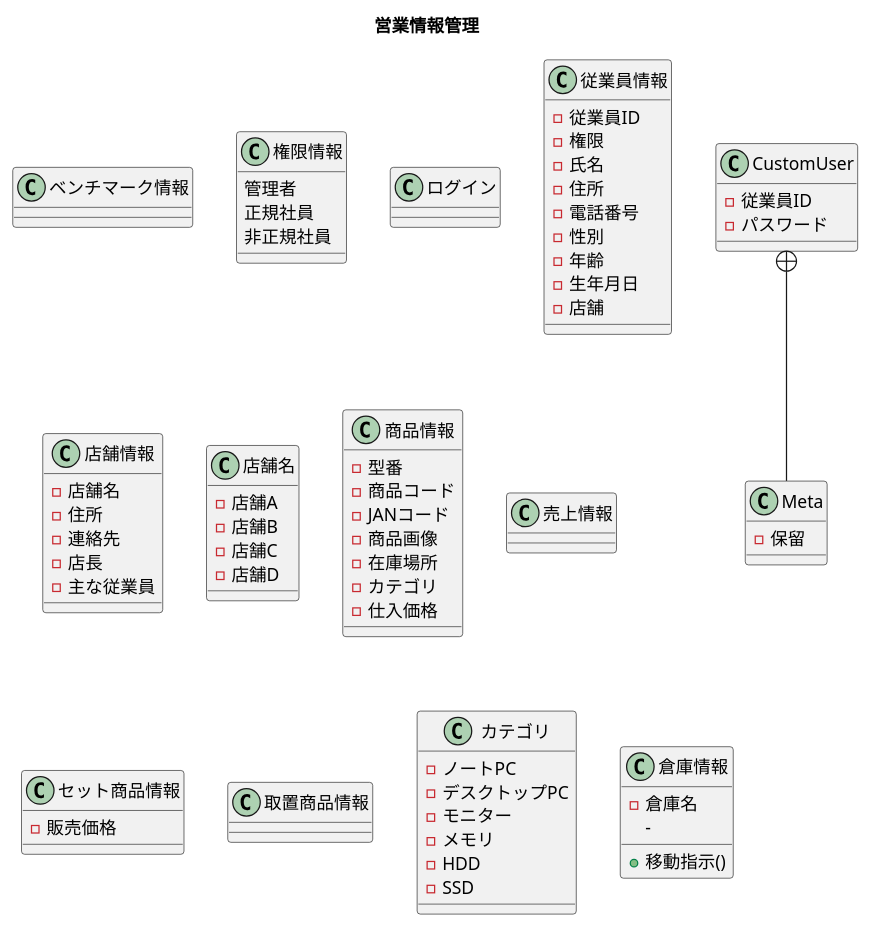
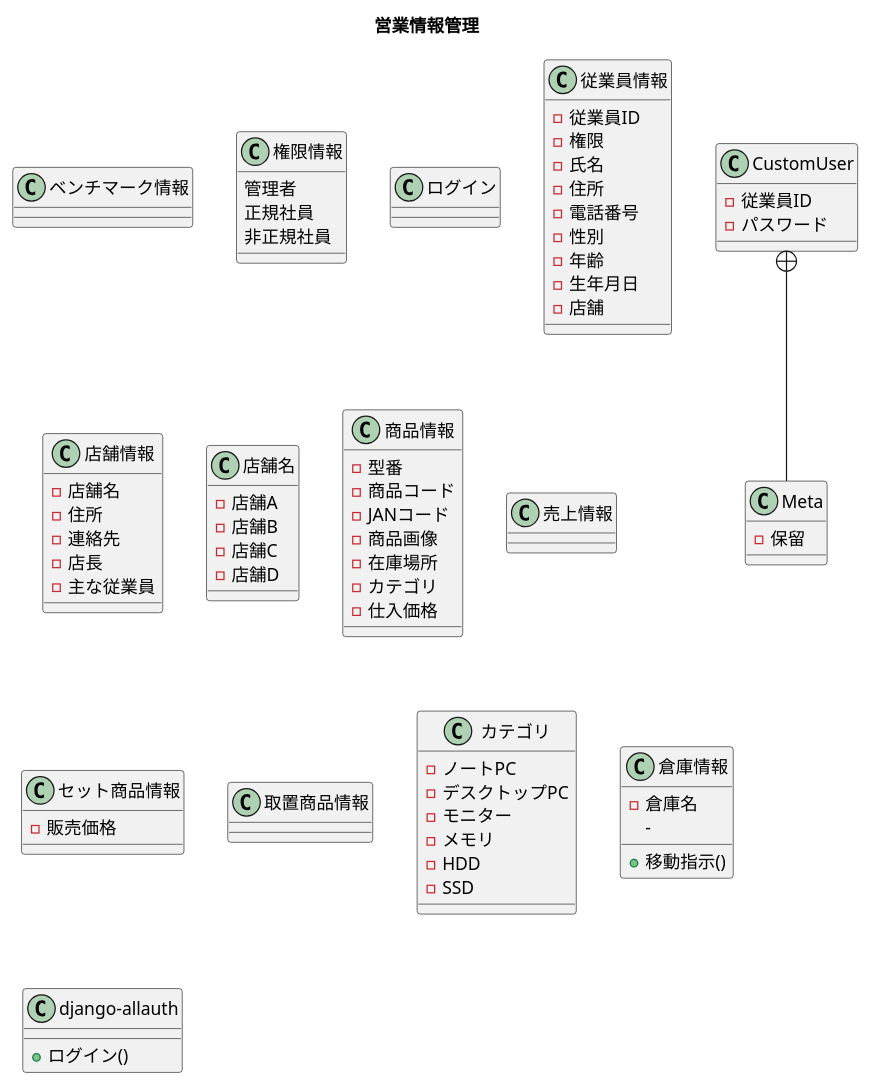
One commit to HaruShim/Sotuken changed the diagram in 各種設計書/5クラス図/クラス図.plantuml. Above: the diagram before and after it, drawn with PlantUML.

```diff
--- a/各種設計書/5クラス図/クラス図.plantuml
+++ b/各種設計書/5クラス図/クラス図.plantuml
@@ -1,79 +1,83 @@
-@startuml 営業情報管理
+@startuml クラス図
+
 title 営業情報管理
 
-'ベンチマークマスタ
+' 'ベンチマークマスタ
 class ベンチマーク情報{
     ' 保留中
 }
 'ユーザ権限
 class 権限情報{
     管理者
     正規社員
     非正規社員
 }
 ' ログイン
 class ログイン{}
 ' 勤務店舗状況編集
 class 従業員情報{
     -従業員ID
     -権限
     -氏名
     -住所
     -電話番号
     -性別
     -年齢
     -生年月日
     -店舗
 }
 class 店舗情報{
     -店舗名
     -住所
     -連絡先
     -店長
     -主な従業員
 }
 class 店舗名{
     -店舗A
     -店舗B
     -店舗C
     -店舗D
 }
 
 class 商品情報{
     -型番
     -商品コード
     -JANコード
     -商品画像
     -在庫場所
     -カテゴリ
     -仕入価格
 }
 class 売上情報{}
 class セット商品情報{
     -販売価格
     ' 保留中
 }
 class 取置商品情報{}
 class カテゴリ{
     -ノートPC
     -デスクトップPC
     -モニター
     -メモリ
     -HDD
     -SSD
 }
 class 倉庫情報{
     -倉庫名
     -
     +移動指示()
 }
 class CustomUser{
     -従業員ID
     -パスワード
 }
 class Meta{
     -保留
 }
+class django-allauth {
+    +ログイン()
+}
 
 CustomUser +-- Meta
 @enduml
```
